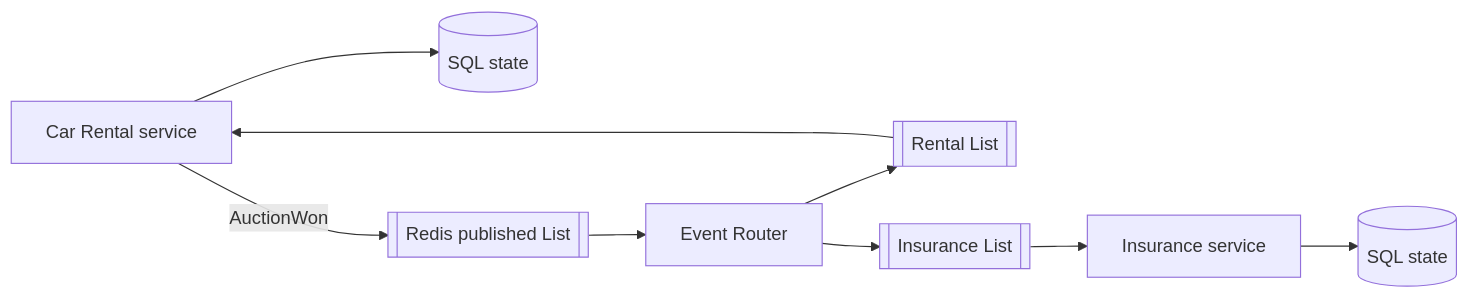
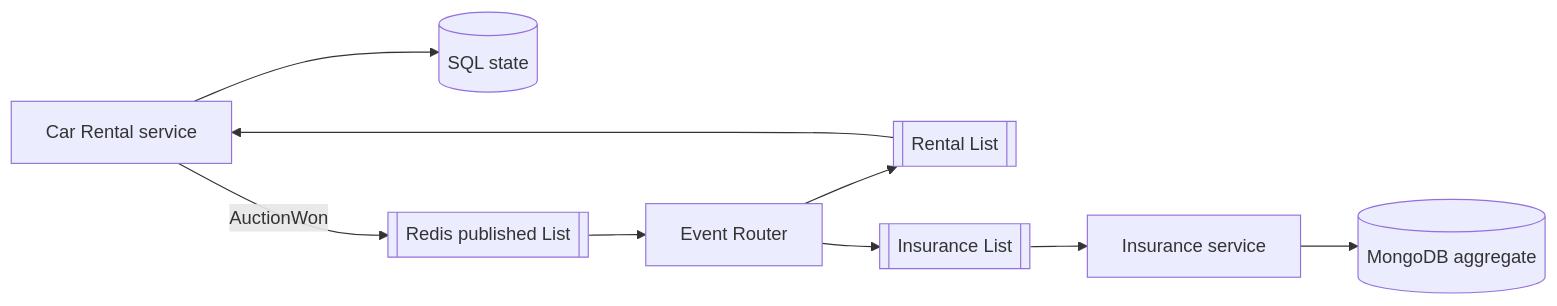
Before and after one commit to charroux/rentalservice: the tenth of 11 diagrams in training/modules/07-nosql-foundations/slides.qmd, drawn with Mermaid. The commit also changed other lines of this file and 68 other files, not shown here.

Commit message:
Add MongoDB aggregate store and rental projection

````diff
--- a/training/modules/07-nosql-foundations/slides.qmd
+++ b/training/modules/07-nosql-foundations/slides.qmd
@@ -401,11 +403,11 @@
 ```{mermaid}
 flowchart LR
     Rental[Car Rental service] --> RentalDB[(SQL state)]
     Rental -->|AuctionWon| Published[[Redis published List]]
     Published --> Router[Event Router]
     Router --> RentalQ[[Rental List]]
     Router --> InsuranceQ[[Insurance List]]
     RentalQ --> Rental
     InsuranceQ --> Insurance[Insurance service]
-    Insurance --> InsuranceDB[(SQL state)]
+    Insurance --> InsuranceDB[(MongoDB aggregate)]
 ```
````
